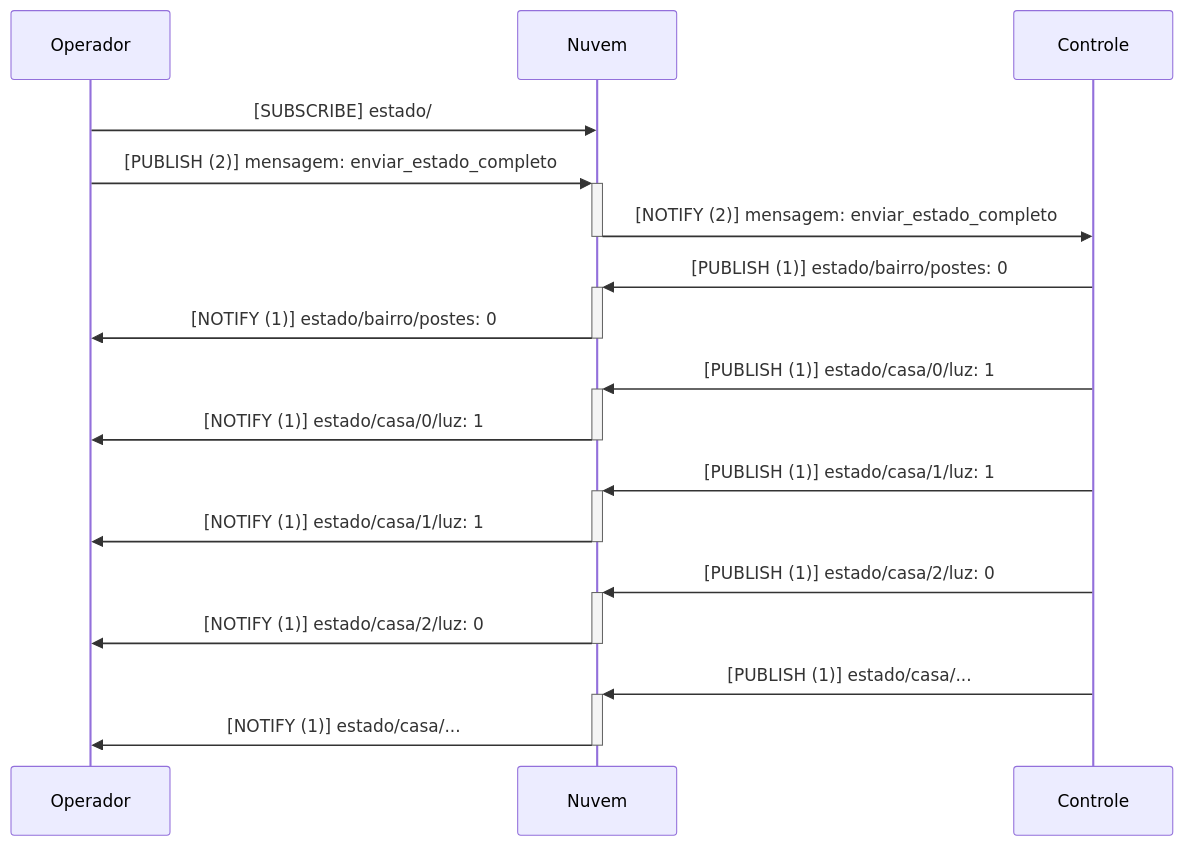
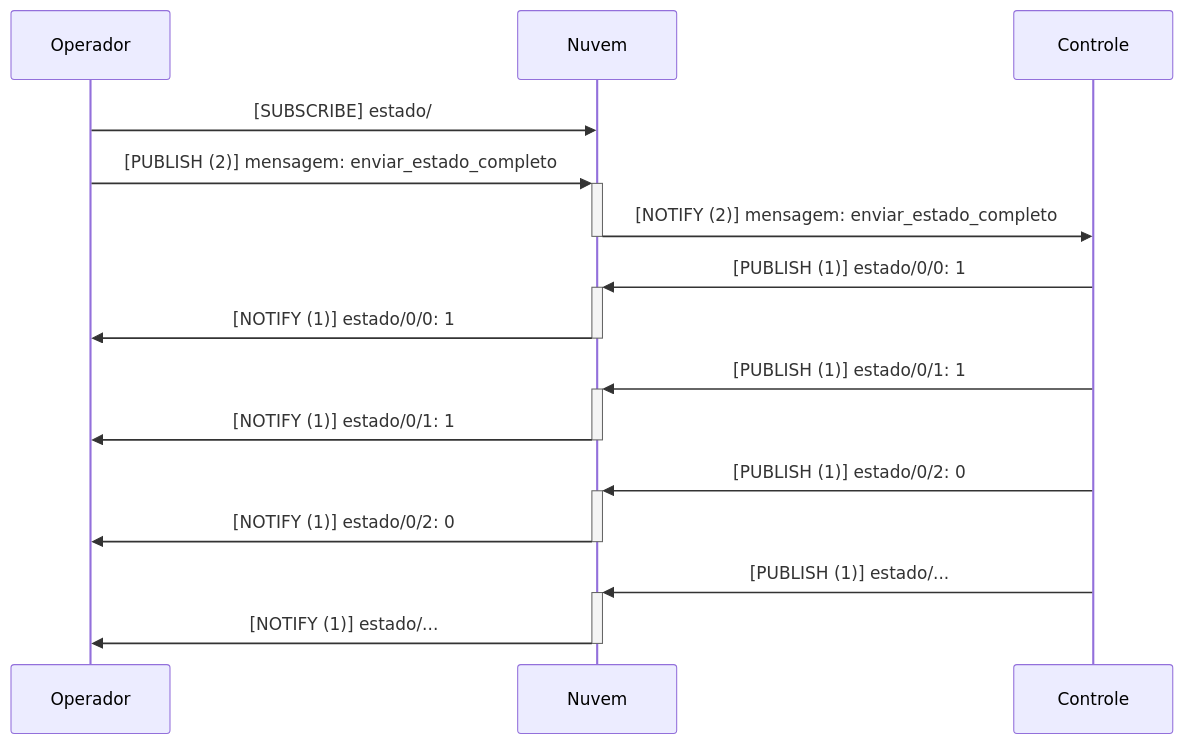
Before and after one commit to ederson-torresini/itl20231: the third of 5 diagrams in projeto-da-disciplina.md, drawn with Mermaid. The commit also changed other lines of this file and 6 other files, not shown here.

````diff
--- a/projeto-da-disciplina.md
+++ b/projeto-da-disciplina.md
@@ -83,16 +74,14 @@
 ```mermaid
 sequenceDiagram
 Operador ->> Nuvem: [SUBSCRIBE] estado/#
 Operador ->>+ Nuvem: [PUBLISH (2)] mensagem: enviar_estado_completo
 Nuvem ->>- Controle: [NOTIFY (2)] mensagem: enviar_estado_completo
-Controle ->>+ Nuvem: [PUBLISH (1)] estado/bairro/postes: 0
-Nuvem ->>- Operador: [NOTIFY (1)] estado/bairro/postes: 0
-Controle ->>+ Nuvem: [PUBLISH (1)] estado/casa/0/luz: 1
-Nuvem ->>- Operador: [NOTIFY (1)] estado/casa/0/luz: 1
-Controle ->>+ Nuvem: [PUBLISH (1)] estado/casa/1/luz: 1
-Nuvem ->>- Operador: [NOTIFY (1)] estado/casa/1/luz: 1
-Controle ->>+ Nuvem: [PUBLISH (1)] estado/casa/2/luz: 0
-Nuvem ->>- Operador: [NOTIFY (1)] estado/casa/2/luz: 0
-Controle ->>+ Nuvem: [PUBLISH (1)] estado/casa/...
-Nuvem ->>- Operador: [NOTIFY (1)] estado/casa/...
+Controle ->>+ Nuvem: [PUBLISH (1)] estado/0/0: 1
+Nuvem ->>- Operador: [NOTIFY (1)] estado/0/0: 1
+Controle ->>+ Nuvem: [PUBLISH (1)] estado/0/1: 1
+Nuvem ->>- Operador: [NOTIFY (1)] estado/0/1: 1
+Controle ->>+ Nuvem: [PUBLISH (1)] estado/0/2: 0
+Nuvem ->>- Operador: [NOTIFY (1)] estado/0/2: 0
+Controle ->>+ Nuvem: [PUBLISH (1)] estado/...
+Nuvem ->>- Operador: [NOTIFY (1)] estado/...
 ```
````
